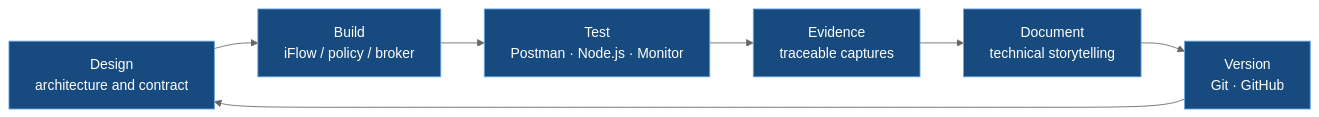
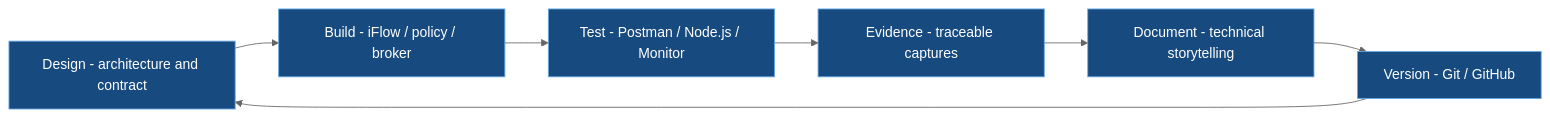
One commit to OrlandoCaetano2026/SAP_Integration_Suite_Learning changed the first of 2 diagrams in README.en.md. Above: the diagram before and after it, drawn with Mermaid (neutral theme). The commit also changed other lines of this file and 1 other file, not shown here.

Commit message:
docs: professional revamp of all index READMEs with badges, Mermaid, exam blueprint and skill matrix_V3

````diff
--- a/README.en.md
+++ b/README.en.md
@@ -77,12 +77,12 @@
 ```mermaid
 flowchart LR
-    A[Design\narchitecture and contract] --> B[Build\niFlow / policy / broker]
-    B --> C[Test\nPostman · Node.js · Monitor]
-    C --> D[Evidence\ntraceable captures]
-    D --> E[Document\ntechnical storytelling]
-    E --> F[Version\nGit · GitHub]
+    A[Design - architecture and contract] --> B[Build - iFlow / policy / broker]
+    B --> C[Test - Postman / Node.js / Monitor]
+    C --> D[Evidence - traceable captures]
+    D --> E[Document - technical storytelling]
+    E --> F[Version - Git / GitHub]
     F --> A
 
     classDef step fill:#174a7e,color:#fff,stroke:#65a8e5;
     class A,B,C,D,E,F step;
 ```
````
